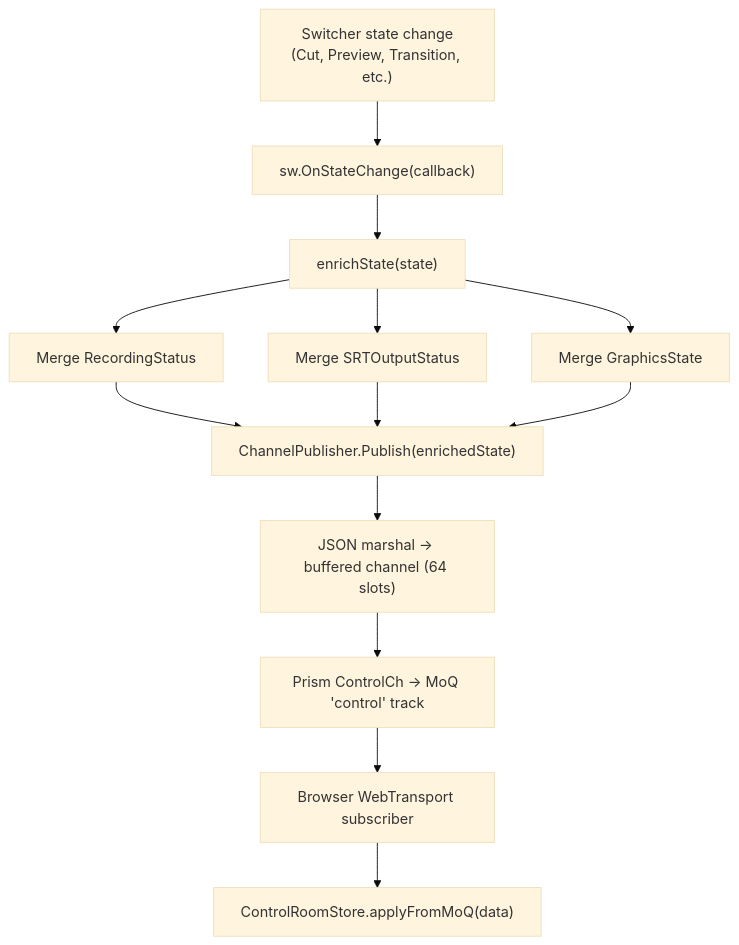
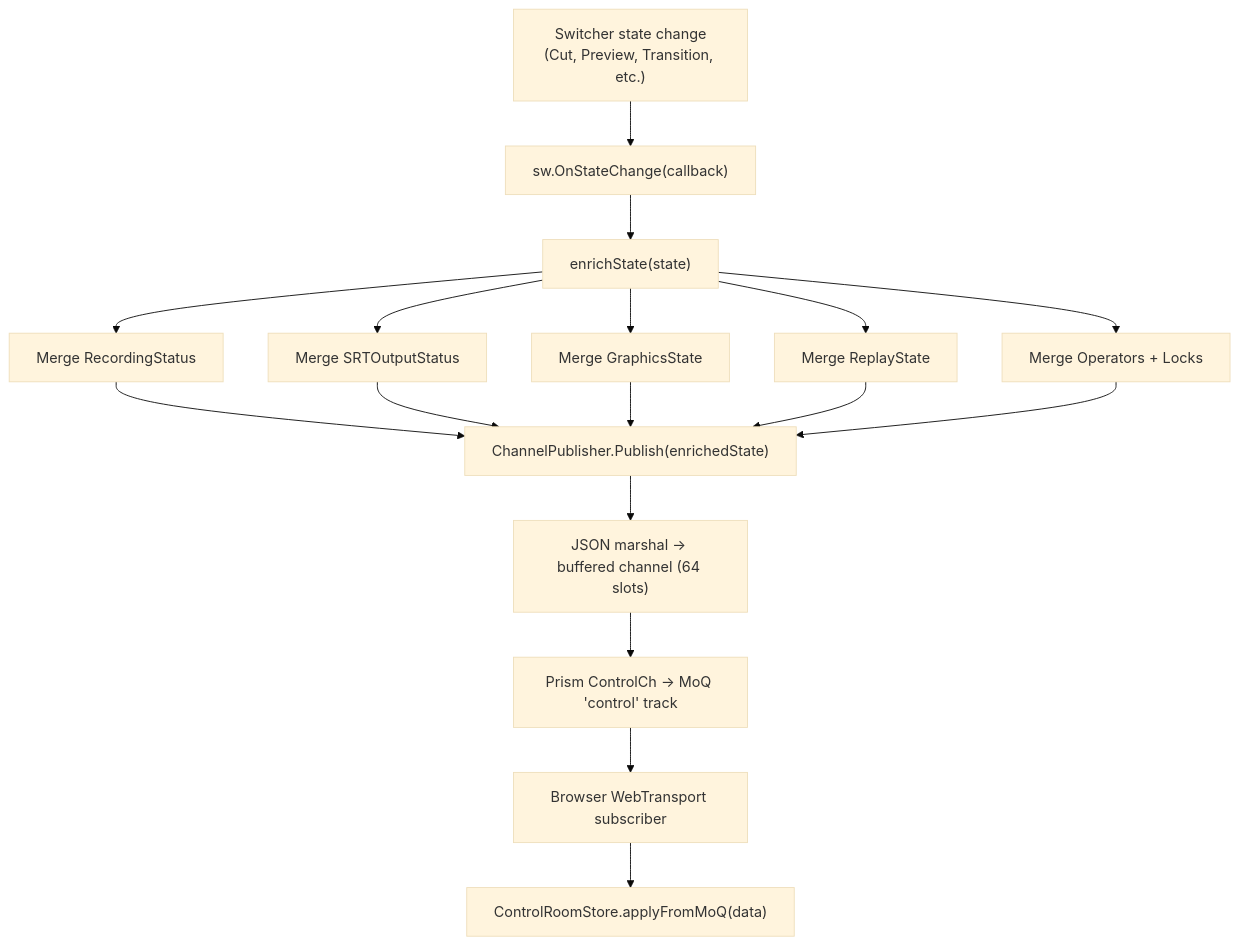
Before and after one commit to zsiec/switchframe: the ninth of 21 diagrams in docs/architecture.md, drawn with Mermaid (base theme). The commit also changed other lines of this file and 36 other files, not shown here.

````diff
--- a/docs/architecture.md
+++ b/docs/architecture.md
@@ -398,15 +401,19 @@
 ```mermaid
 flowchart TD
     event["Switcher state change<br/>(Cut, Preview, Transition, etc.)"] --> cb["sw.OnStateChange(callback)"]
     cb --> enrich["enrichState(state)"]
     enrich --> rec["Merge RecordingStatus"]
     enrich --> srt["Merge SRTOutputStatus"]
     enrich --> gfx["Merge GraphicsState"]
+    enrich --> rpl["Merge ReplayState"]
+    enrich --> ops["Merge Operators + Locks"]
     rec --> pub["ChannelPublisher.Publish(enrichedState)"]
     srt --> pub
     gfx --> pub
+    rpl --> pub
+    ops --> pub
     pub --> json["JSON marshal → buffered channel (64 slots)"]
     json --> prism["Prism ControlCh → MoQ 'control' track"]
     prism --> wt["Browser WebTransport subscriber"]
     wt --> store["ControlRoomStore.applyFromMoQ(data)"]
 ```
````
